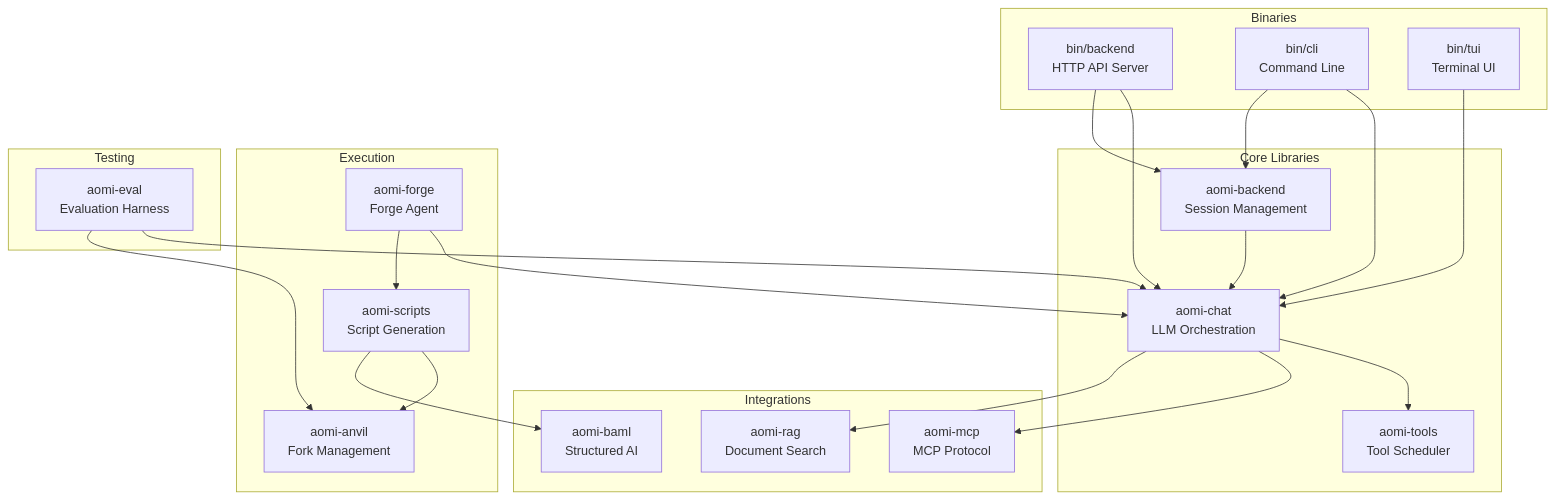
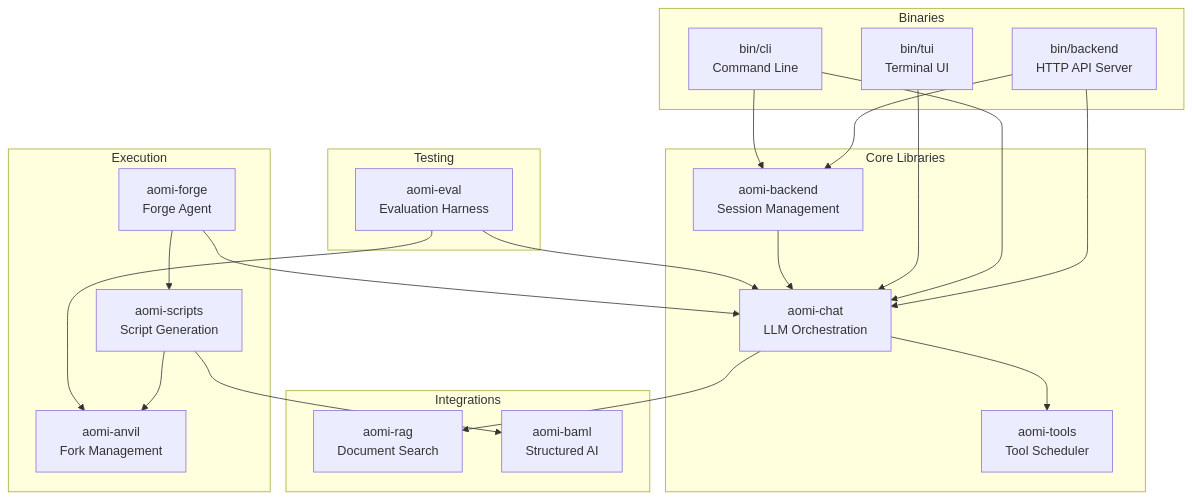
The second of 6 diagrams in apps/landing/content/guides/reference/architecture.mdx (aomi-labs/aomi-widget), drawn with Mermaid before and after one commit. The commit also changed other lines of this file and 115 other files, not shown here.

````diff
--- a/apps/landing/content/guides/reference/architecture.mdx
+++ b/apps/landing/content/guides/reference/architecture.mdx
@@ -74,51 +72,49 @@
 ```mermaid
 graph TD
     subgraph "Binaries"
         BIN_BACKEND[bin/backend<br/>HTTP API Server]
         BIN_CLI[bin/cli<br/>Command Line]
         BIN_TUI[bin/tui<br/>Terminal UI]
     end
 
     subgraph "Core Libraries"
         CHAT[aomi-chat<br/>LLM Orchestration]
         BACKEND[aomi-backend<br/>Session Management]
         TOOLS[aomi-tools<br/>Tool Scheduler]
     end
 
     subgraph "Integrations"
-        MCP[aomi-mcp<br/>MCP Protocol]
         RAG[aomi-rag<br/>Document Search]
         BAML[aomi-baml<br/>Structured AI]
     end
 
     subgraph "Execution"
         ANVIL[aomi-anvil<br/>Fork Management]
         FORGE[aomi-forge<br/>Forge Agent]
         SCRIPTS[aomi-scripts<br/>Script Generation]
     end
 
     subgraph "Testing"
         EVAL[aomi-eval<br/>Evaluation Harness]
     end
 
     BIN_BACKEND --> CHAT
     BIN_BACKEND --> BACKEND
     BIN_CLI --> CHAT
     BIN_CLI --> BACKEND
     BIN_TUI --> CHAT
 
     CHAT --> TOOLS
-    CHAT --> MCP
     CHAT --> RAG
 
     BACKEND --> CHAT
 
     FORGE --> CHAT
     FORGE --> SCRIPTS
 
     SCRIPTS --> ANVIL
     SCRIPTS --> BAML
 
     EVAL --> CHAT
     EVAL --> ANVIL
 ```
````
